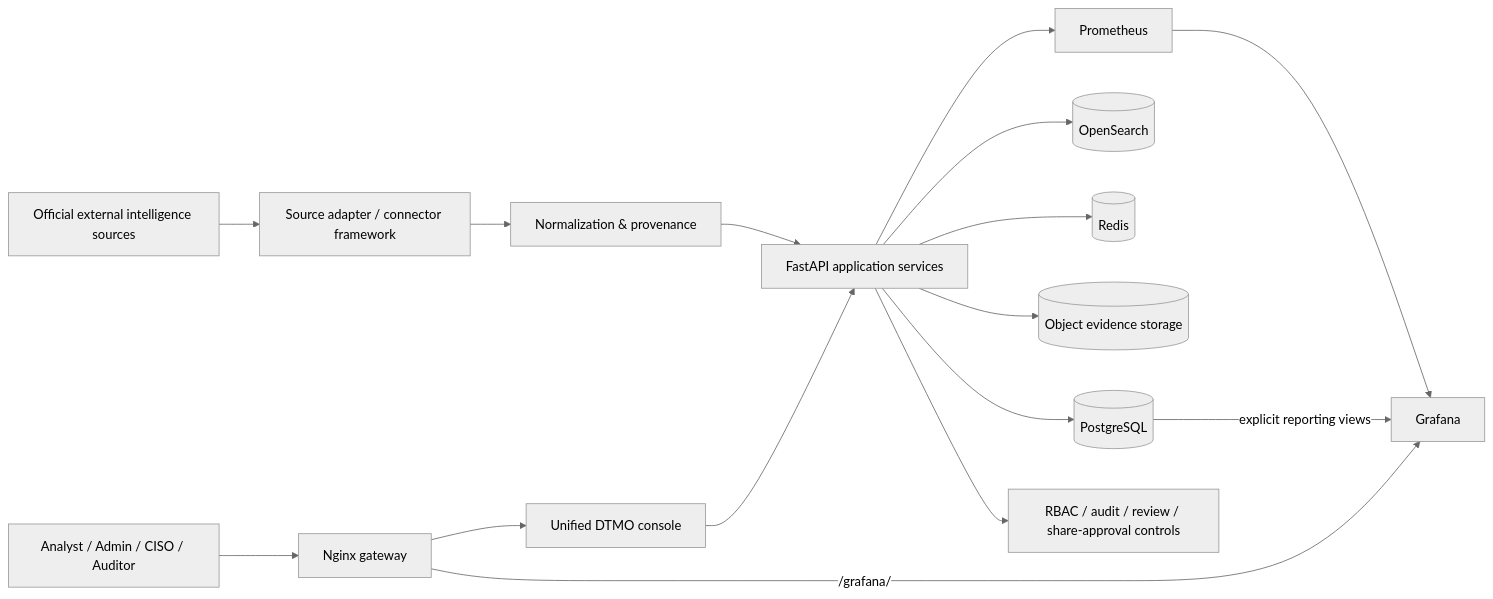
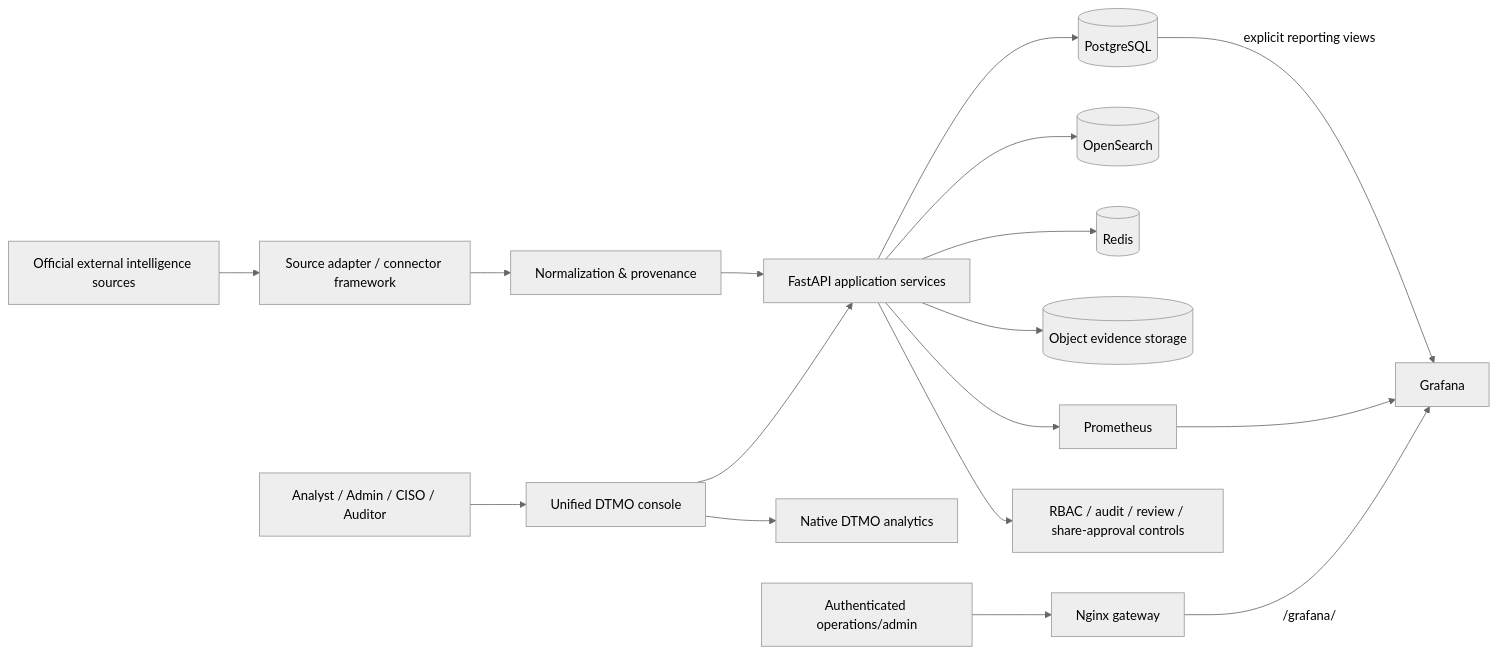
The diagram in docs/architecture/SYSTEM_ARCHITECTURE.md (GJvManen/dtmo), drawn with Mermaid (neutral theme) before and after one commit. The commit also changed other lines of this file, not shown here.

Commit message:
docs(rc13.2): align architecture with native analytics boundary

````diff
--- a/docs/architecture/SYSTEM_ARCHITECTURE.md
+++ b/docs/architecture/SYSTEM_ARCHITECTURE.md
@@ -12,22 +12,23 @@
 ```mermaid
 flowchart LR
     EXT[Official external intelligence sources] --> CF[Source adapter / connector framework]
     CF --> NP[Normalization & provenance]
     NP --> API[FastAPI application services]
 
     API --> PG[(PostgreSQL)]
     API --> OS[(OpenSearch)]
     API --> RD[(Redis)]
     API --> OBJ[(Object evidence storage)]
 
     API --> PM[Prometheus]
     PM --> GF[Grafana]
     PG -->|explicit reporting views| GF
 
-    USER[Analyst / Admin / CISO / Auditor] --> GW[Nginx gateway]
-    GW --> CONSOLE[Unified DTMO console]
+    USER[Analyst / Admin / CISO / Auditor] --> CONSOLE[Unified DTMO console]
     CONSOLE --> API
+    CONSOLE --> NATIVE[Native DTMO analytics]
+    OPS[Authenticated operations/admin] --> GW[Nginx gateway]
     GW -->|/grafana/| GF
 
     API --> GOV[RBAC / audit / review / share-approval controls]
 ```
````
